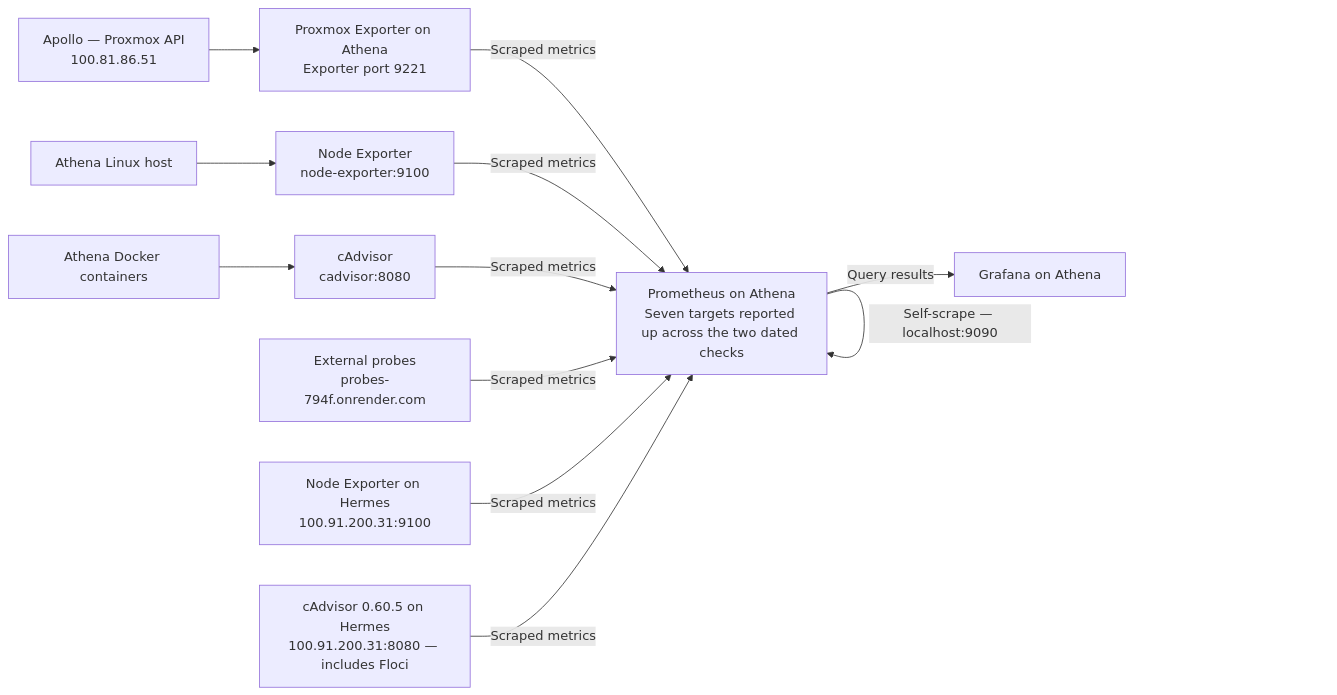
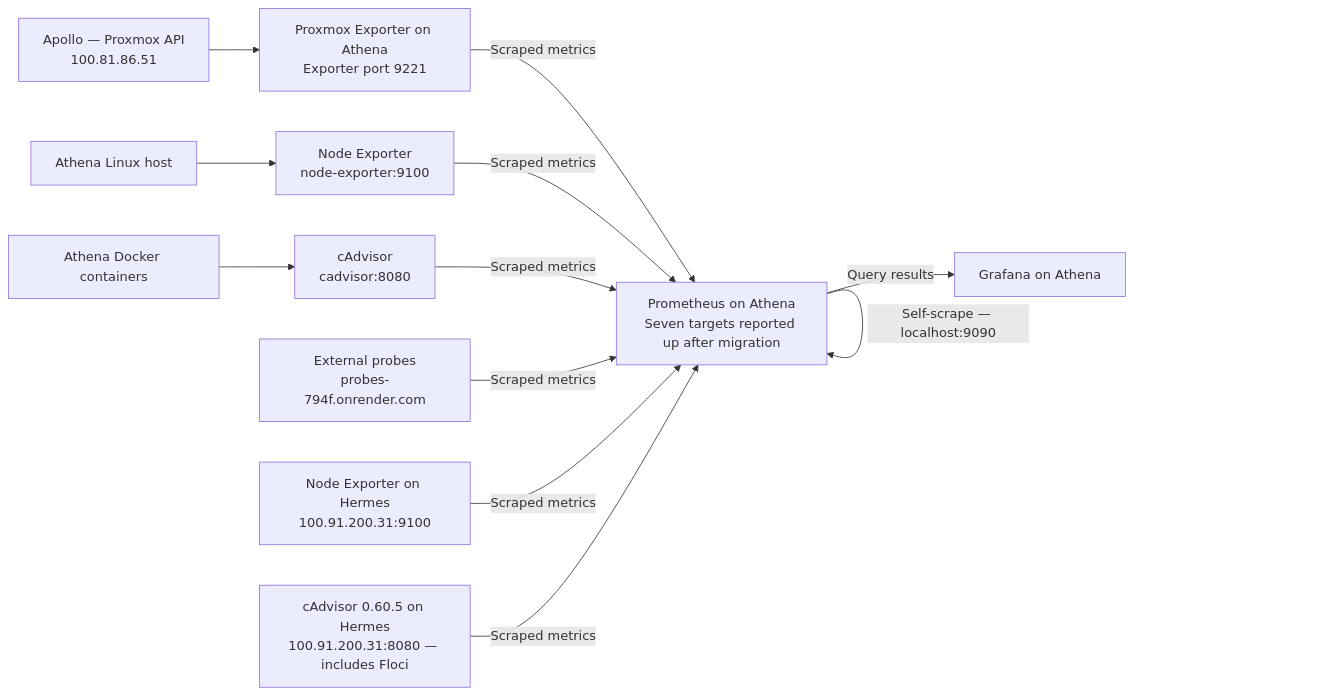
Before and after one commit to SwapnajXD/HomeLab: the diagram in diagrams/metrics-flow.mmd, drawn with Mermaid. The commit also changed 28 other files, not shown here.

Commit message:
docs: synchronize homelab with Athena migration and Apollo incident

```diff
--- a/diagrams/metrics-flow.mmd
+++ b/diagrams/metrics-flow.mmd
@@ -1,16 +1,16 @@
-%% Olympus V2 — operator-reported baseline 2026-09-12 with 2026-09-14 continuation; no new live audit.
+%% Operator-reported state synchronized 2026-10-09; no new live audit.
 flowchart LR
     %% Arrows show metric data flow, not connection initiation.
     Apollo["Apollo — Proxmox API<br/>100.81.86.51"] --> PVE["Proxmox Exporter on Athena<br/>Exporter port 9221"]
     Athena["Athena Linux host"] --> Node["Node Exporter<br/>node-exporter:9100"]
     Docker["Athena Docker containers"] --> Cadvisor["cAdvisor<br/>cadvisor:8080"]
     Probes["External probes<br/>probes-794f.onrender.com"]
-    Prom["Prometheus on Athena<br/>Seven targets reported up across the two dated checks"]
+    Prom["Prometheus on Athena<br/>Seven targets reported up after migration"]
     PVE -->|Scraped metrics| Prom
     Node -->|Scraped metrics| Prom
     Cadvisor -->|Scraped metrics| Prom
     Probes -->|Scraped metrics| Prom
     Prom -->|Self-scrape — localhost:9090| Prom
     Prom -->|Query results| Grafana["Grafana on Athena"]
     HermesNode["Node Exporter on Hermes<br/>100.91.200.31:9100"] -->|Scraped metrics| Prom
     HermesCadvisor["cAdvisor 0.60.5 on Hermes<br/>100.91.200.31:8080 — includes Floci"] -->|Scraped metrics| Prom
```
